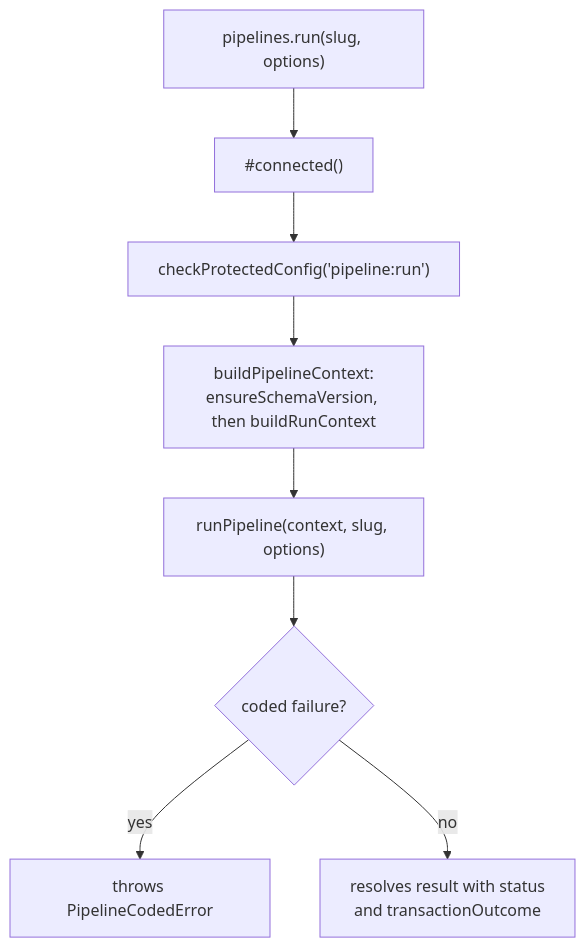
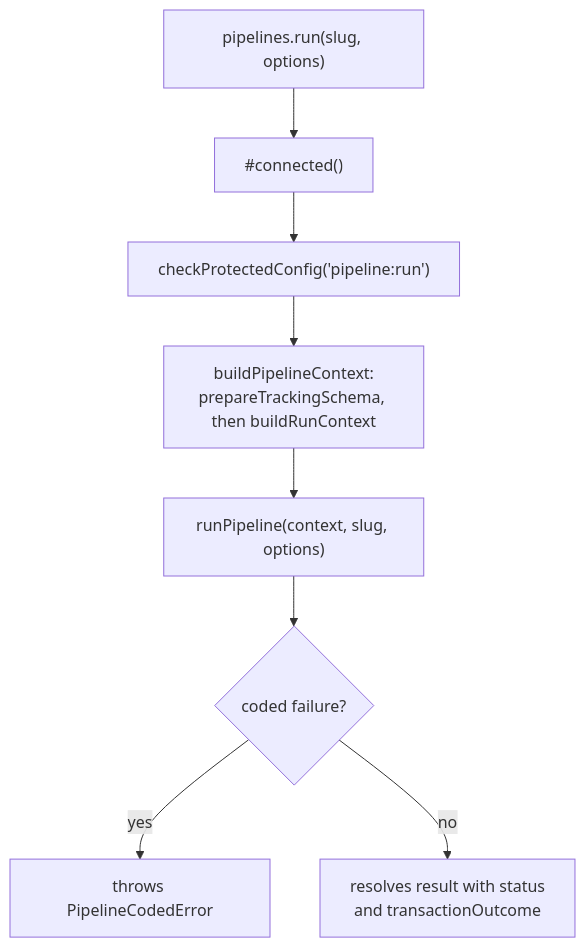
One commit to noormdev/noorm changed the fifth of 6 diagrams in docs/wiki/sdk.md. Above: the diagram before and after it, drawn with Mermaid. The commit also changed other lines of this file and 191 other files, not shown here.

````diff
--- a/docs/wiki/sdk.md
+++ b/docs/wiki/sdk.md
@@ -163,11 +216,11 @@
 ```mermaid
 flowchart TD
     %% source: src/sdk/namespaces/pipelines.ts
     A["pipelines.run(slug, options)"] --> B["#connected()"]
     B --> C["checkProtectedConfig('pipeline:run')"]
-    C --> D["buildPipelineContext:<br/>ensureSchemaVersion, then buildRunContext"]
+    C --> D["buildPipelineContext:<br/>prepareTrackingSchema, then buildRunContext"]
     D --> F["runPipeline(context, slug, options)"]
     F --> G{"coded failure?"}
     G -->|yes| H["throws PipelineCodedError"]
     G -->|no| I["resolves result with status<br/>and transactionOutcome"]
 ```
````
